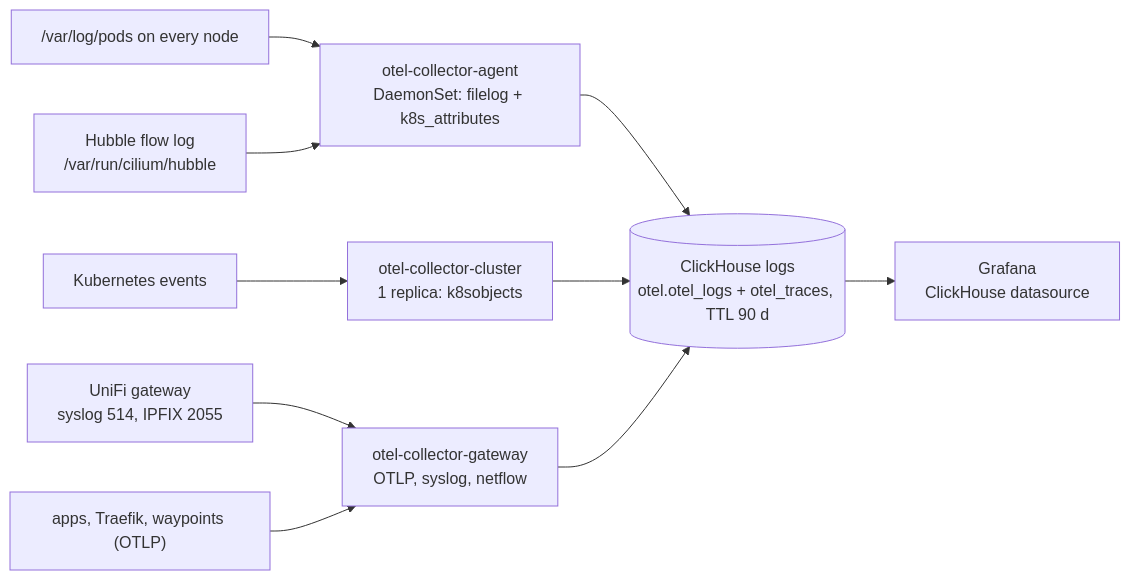
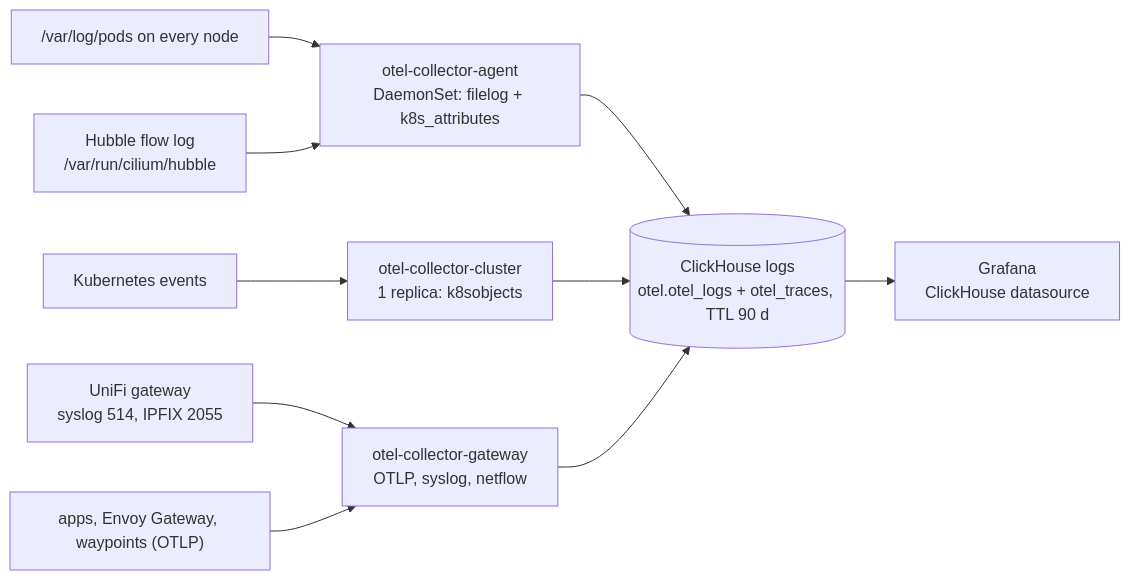
The diagram in docs/logging.md (ryanmcafee/homelab), drawn with Mermaid before and after one commit. The commit also changed other lines of this file and 281 other files, not shown here.

````diff
--- a/docs/logging.md
+++ b/docs/logging.md
@@ -9,12 +10,12 @@
 ```mermaid
 flowchart LR
   pods["/var/log/pods on every node"] --> agent["otel-collector-agent\nDaemonSet: filelog + k8s_attributes"]
   hubble["Hubble flow log\n/var/run/cilium/hubble"] --> agent
   api["Kubernetes events"] --> cluster["otel-collector-cluster\n1 replica: k8sobjects"]
   unifi["UniFi gateway\nsyslog 514, IPFIX 2055"] --> gw["otel-collector-gateway\nOTLP, syslog, netflow"]
-  apps["apps, Traefik, waypoints (OTLP)"] --> gw
+  apps["apps, Envoy Gateway, waypoints (OTLP)"] --> gw
   agent --> ch[("ClickHouse logs\notel.otel_logs + otel_traces, TTL 90 d")]
   cluster --> ch
   gw --> ch
   ch --> grafana["Grafana\nClickHouse datasource"]
 ```
````
